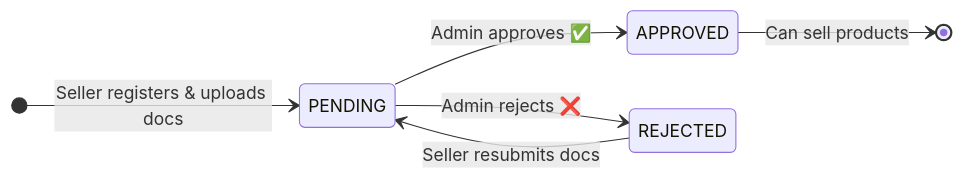
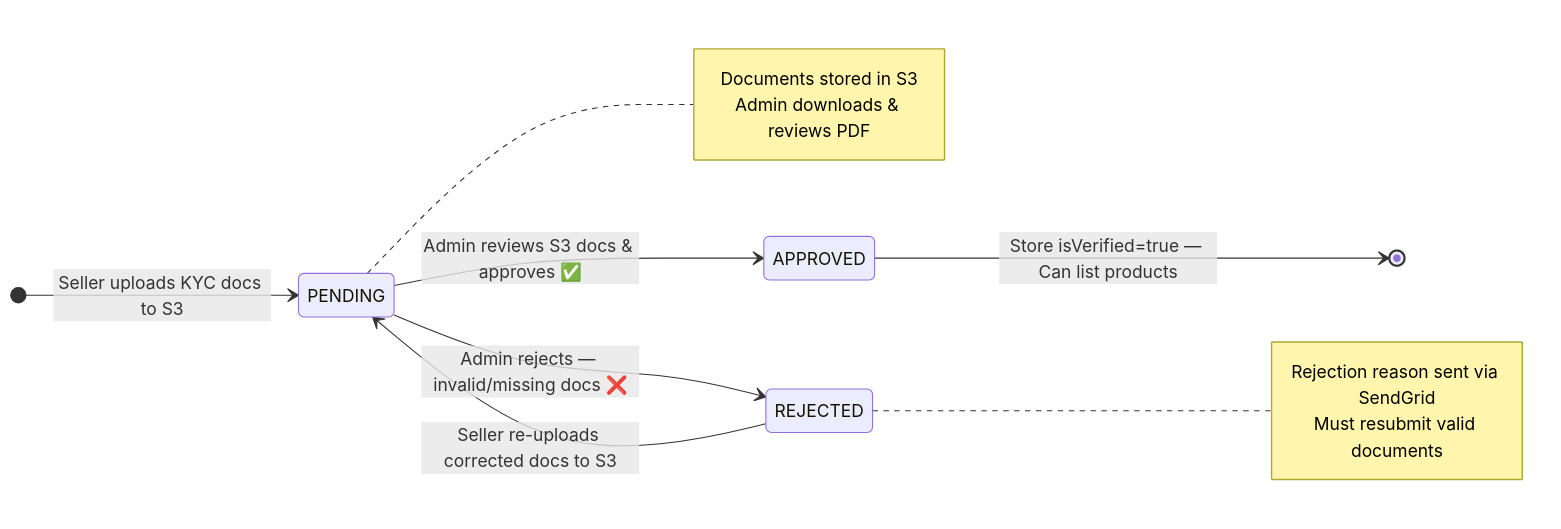
One commit to tayeb736/prohect12 changed the second of 10 diagrams in diagrams/03_state_machine_diagram.md. Above: the diagram before and after it, drawn with Mermaid. The commit also changed other lines of this file and 7 other files, not shown here.

Commit message:
docs: update all UML diagrams — add PostgreSQL, Redis, S3, Stripe, SendGrid, KYC, Swagger per readme2 & README3

````diff
--- a/diagrams/03_state_machine_diagram.md
+++ b/diagrams/03_state_machine_diagram.md
@@ -24,9 +34,17 @@
 ```mermaid
 stateDiagram-v2
   direction LR
-  [*] --> PENDING : Seller registers & uploads docs
-  PENDING --> APPROVED : Admin approves ✅
-  PENDING --> REJECTED : Admin rejects ❌
-  REJECTED --> PENDING : Seller resubmits docs
-  APPROVED --> [*] : Can sell products
+  [*] --> PENDING : Seller uploads KYC docs to S3
+  PENDING --> APPROVED : Admin reviews S3 docs & approves ✅
+  PENDING --> REJECTED : Admin rejects — invalid/missing docs ❌
+  REJECTED --> PENDING : Seller re-uploads corrected docs to S3
+  APPROVED --> [*] : Store isVerified=true — Can list products
+  note right of PENDING
+    Documents stored in S3
+    Admin downloads & reviews PDF
+  end note
+  note right of REJECTED
+    Rejection reason sent via SendGrid
+    Must resubmit valid documents
+  end note
 ```
````
